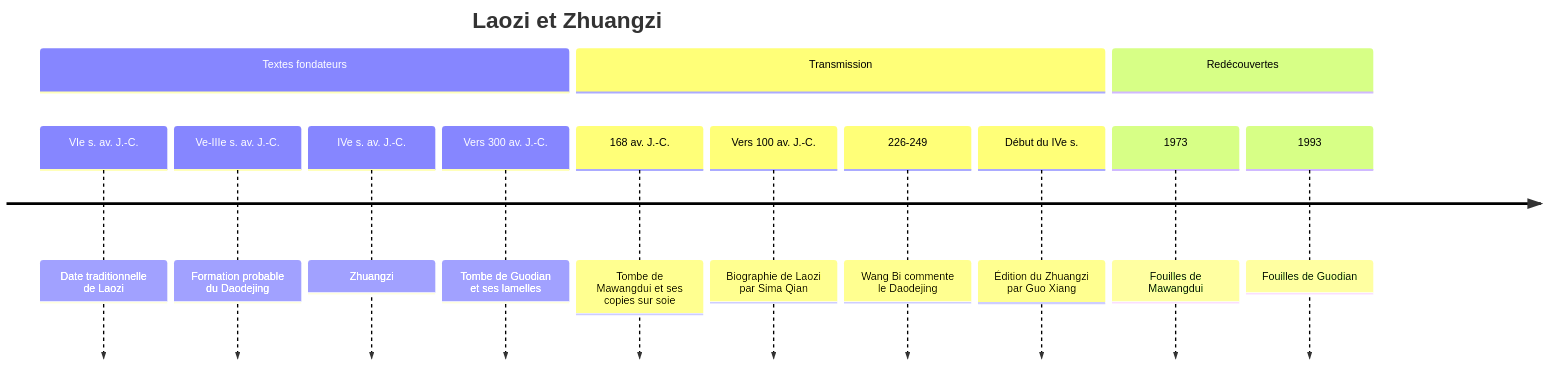
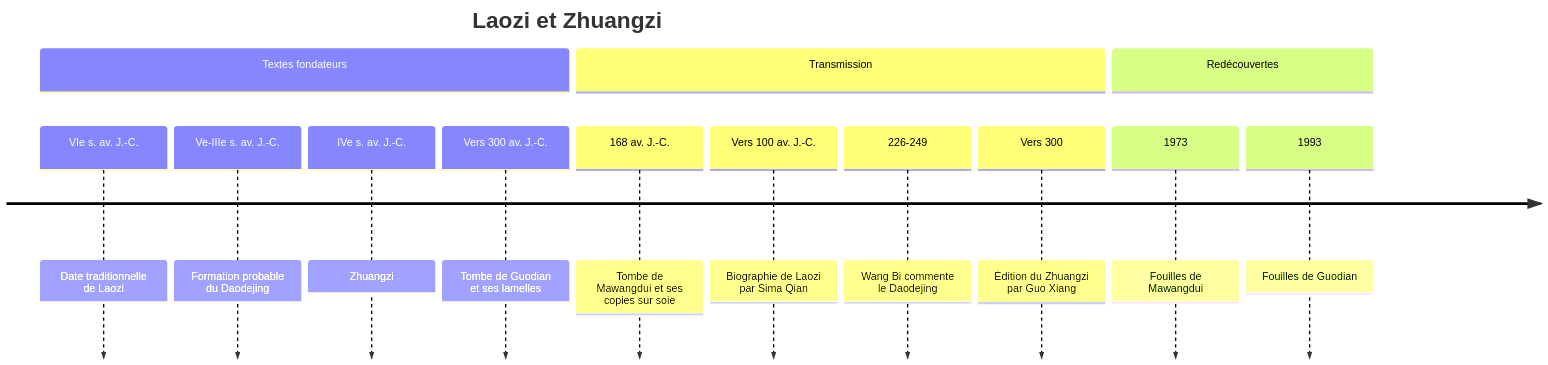
The diagram in Social Sciences/Philosophy/Philosophes/Laozi.md (rwmicro/pensine), drawn with Mermaid before and after one commit. The commit also changed 3 other files, not shown here.

````diff
--- a/Social Sciences/Philosophy/Philosophes/Laozi.md
+++ b/Social Sciences/Philosophy/Philosophes/Laozi.md
@@ -84,17 +84,17 @@
 ```mermaid
 timeline
     title Laozi et Zhuangzi
     section Textes fondateurs
         VIe s. av. J.-C. : Date traditionnelle de Laozi
         Ve-IIIe s. av. J.-C. : Formation probable du Daodejing
         IVe s. av. J.-C. : Zhuangzi
         Vers 300 av. J.-C. : Tombe de Guodian et ses lamelles
     section Transmission
         168 av. J.-C. : Tombe de Mawangdui et ses copies sur soie
         Vers 100 av. J.-C. : Biographie de Laozi par Sima Qian
         226-249 : Wang Bi commente le Daodejing
-        Début du IVe s. : Édition du Zhuangzi par Guo Xiang
+        Vers 300 : Édition du Zhuangzi par Guo Xiang
     section Redécouvertes
         1973 : Fouilles de Mawangdui
         1993 : Fouilles de Guodian
 ```
````
